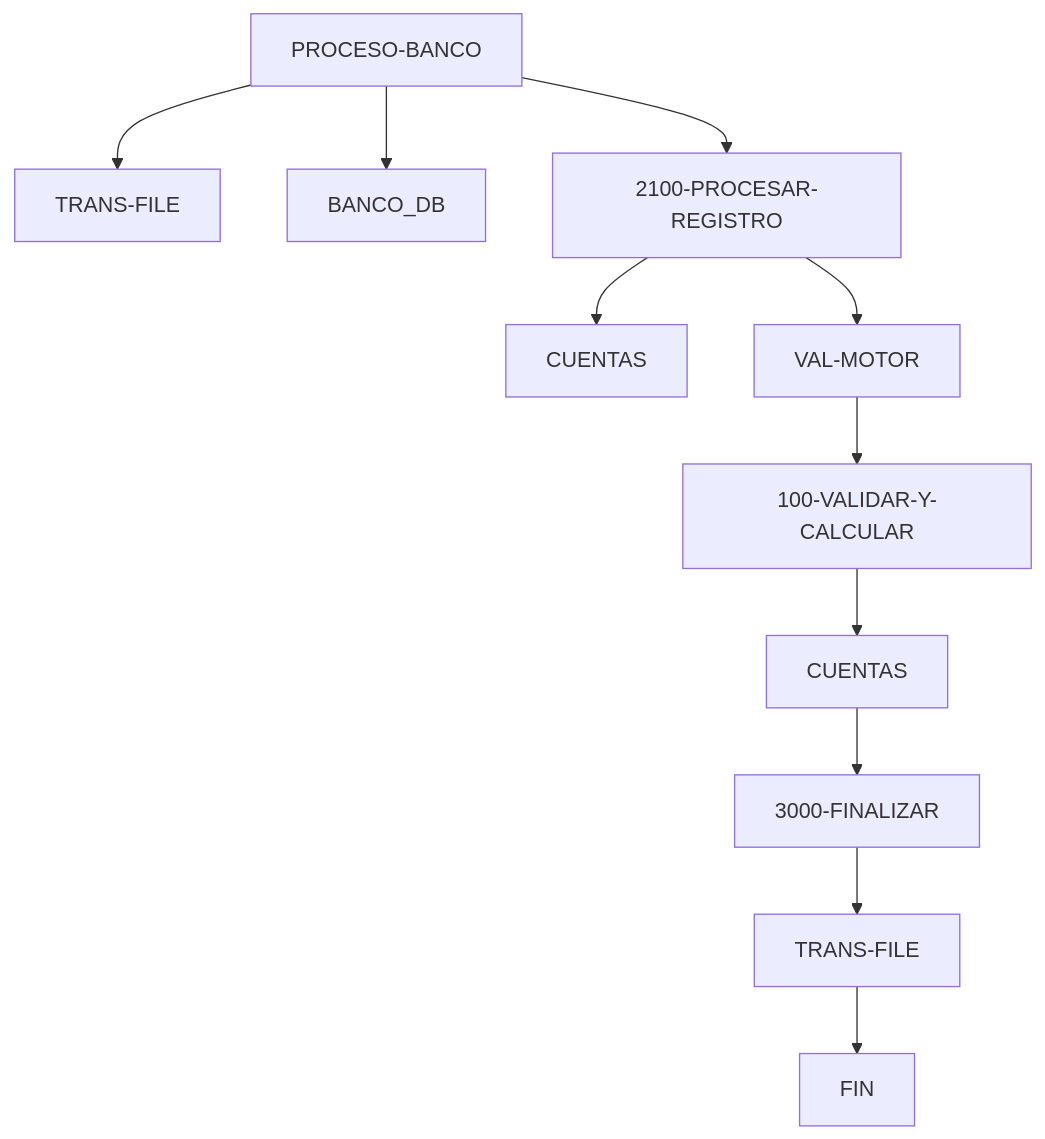
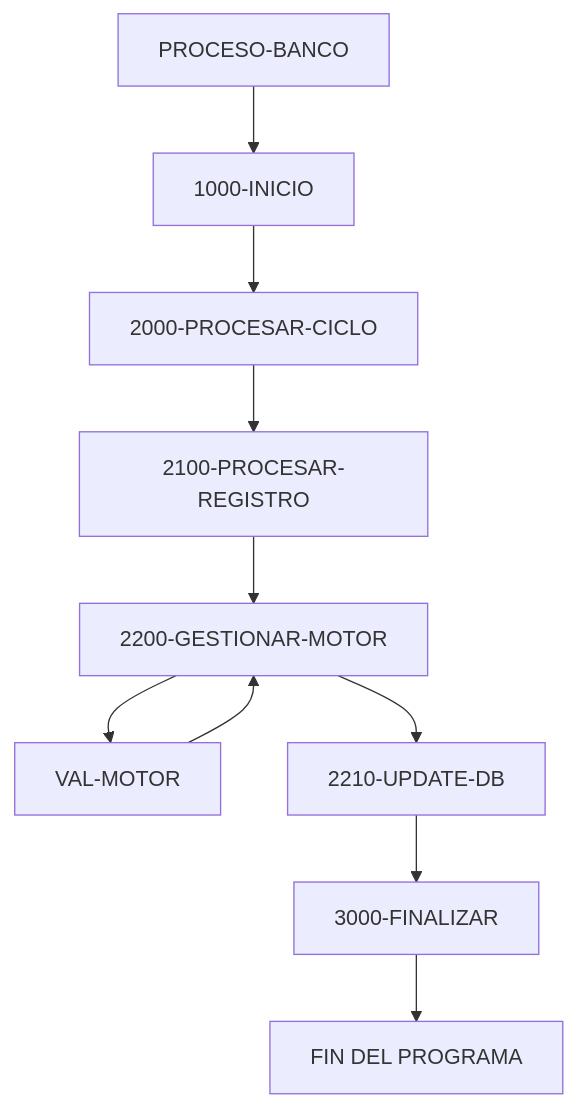
The diagram in sistema_consolidado/README.md (hexaforce66/codigosCobol), drawn with Mermaid before and after one commit. The commit also changed other lines of this file, not shown here.

````diff
--- a/sistema_consolidado/README.md
+++ b/sistema_consolidado/README.md
@@ -67,13 +67,12 @@
 ```mermaid
 graph TD
-A[PROCESO-BANCO] --> B[TRANS-FILE]
-    A --> C[BANCO_DB]
-    A --> D[2100-PROCESAR-REGISTRO]
-    D --> E[CUENTAS]
-    D --> F[VAL-MOTOR]
-    F --> G[100-VALIDAR-Y-CALCULAR]
-    G --> H[CUENTAS]
-    H --> I[3000-FINALIZAR]
-    I --> J[TRANS-FILE]
-    J --> K[FIN]
+A[PROCESO-BANCO] --> B[1000-INICIO]
+    B --> C[2000-PROCESAR-CICLO]
+    C --> D[2100-PROCESAR-REGISTRO]
+    D --> E[2200-GESTIONAR-MOTOR]
+    E --> F[VAL-MOTOR]
+    F --> E
+    E --> G[2210-UPDATE-DB]
+    G --> H[3000-FINALIZAR]
+    H --> I[FIN DEL PROGRAMA]
 ```
````
